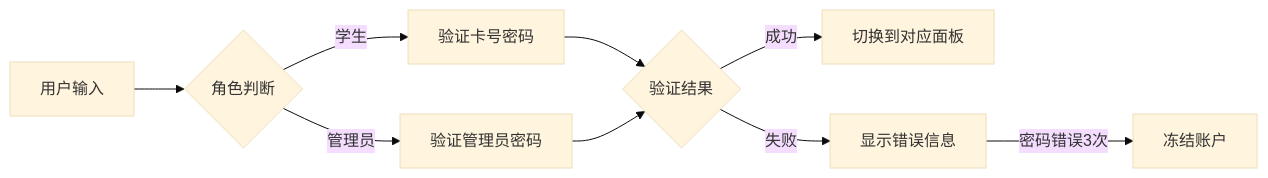
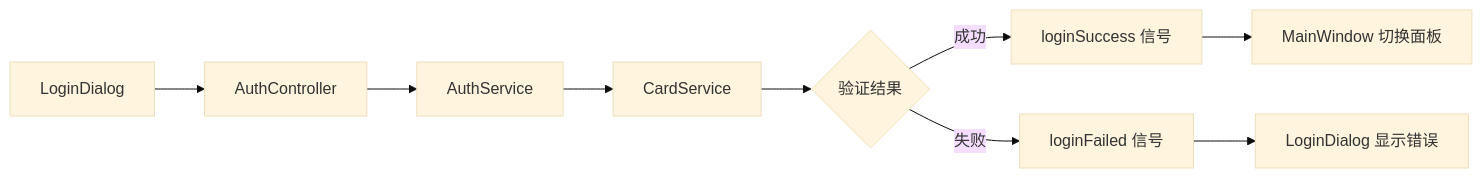
One commit to AstroAir/software-design changed the third of 4 diagrams in docs/architecture/overview.md. Above: the diagram before and after it, drawn with Mermaid (base theme). The commit also changed other lines of this file and 6 other files, not shown here.

Commit message:
Update documentation to reflect MVC architecture refactoring, rename managers to services/controllers, and reorganize API reference structure

````diff
--- a/docs/architecture/overview.md
+++ b/docs/architecture/overview.md
@@ -124,11 +179,11 @@
 ```mermaid
 flowchart LR
-    A[用户输入] --> B{角色判断}
-    B -->|学生| C[验证卡号密码]
-    B -->|管理员| D[验证管理员密码]
-    C --> E{验证结果}
-    D --> E
-    E -->|成功| F[切换到对应面板]
-    E -->|失败| G[显示错误信息]
-    G -->|密码错误3次| H[冻结账户]
+    A[LoginDialog] --> B[AuthController]
+    B --> C[AuthService]
+    C --> D[CardService]
+    D --> E{验证结果}
+    E -->|成功| F[loginSuccess 信号]
+    E -->|失败| G[loginFailed 信号]
+    F --> H[MainWindow 切换面板]
+    G --> I[LoginDialog 显示错误]
 ```
````
